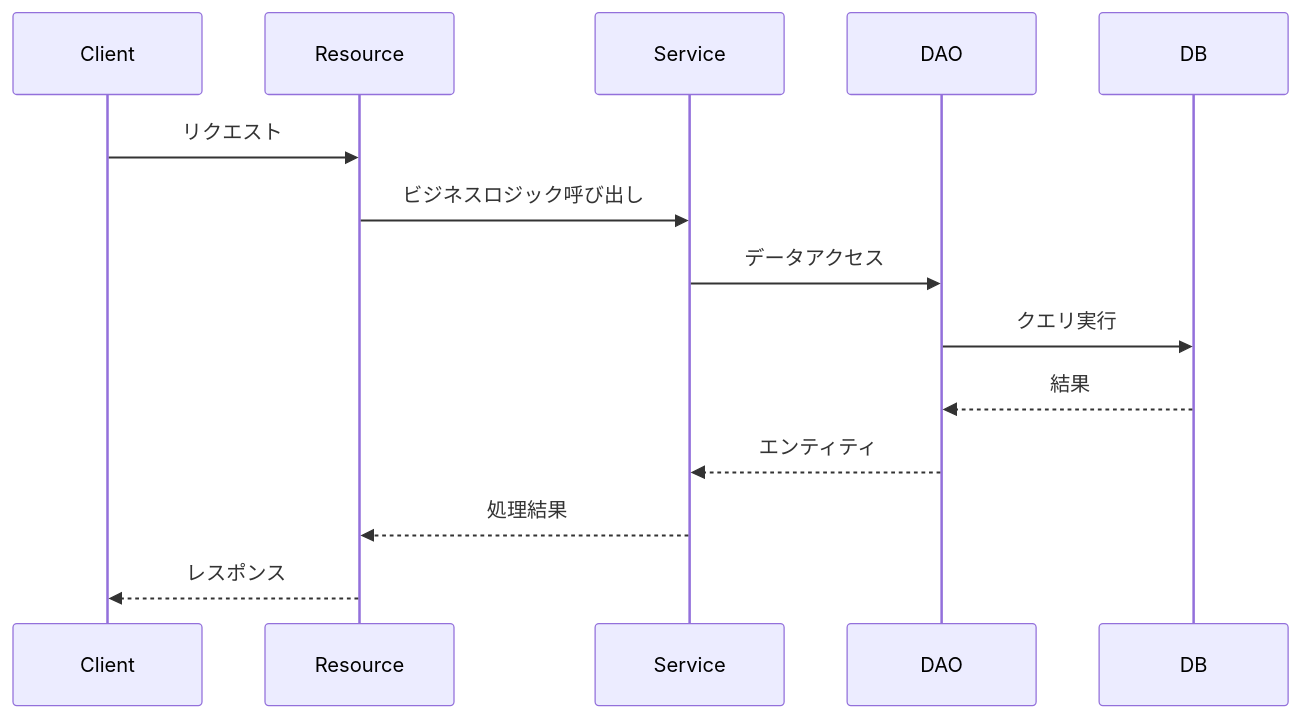
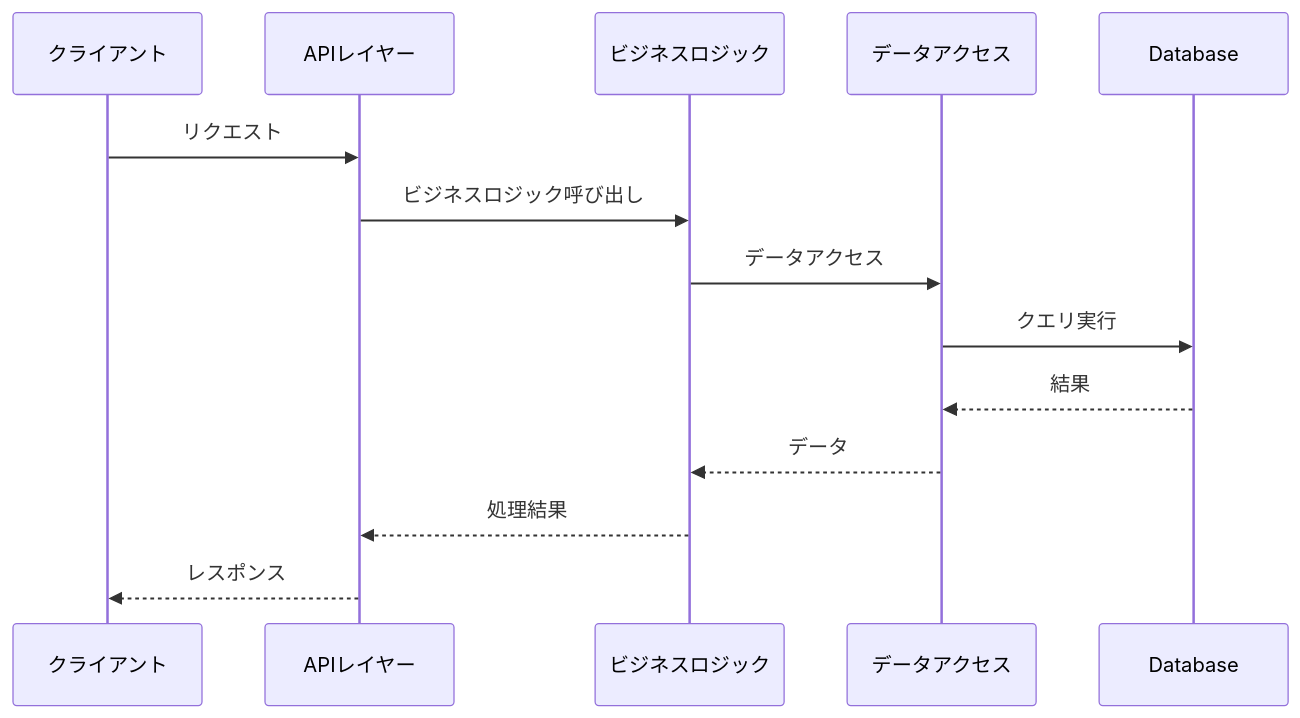
Before and after one commit to KenyaSaitoh/ai_driven_dev_202601: the fourth of 5 diagrams in agent_skills/jakarta-ee-api-base/templates/functional_design.md, drawn with Mermaid. The commit also changed other lines of this file and 52 other files, not shown here.

````diff
--- a/agent_skills/jakarta-ee-api-base/templates/functional_design.md
+++ b/agent_skills/jakarta-ee-api-base/templates/functional_design.md
@@ -332,17 +368,17 @@
 ```mermaid
 sequenceDiagram
-    participant Client
-    participant Resource
-    participant Service
-    participant DAO
-    participant DB
+    participant Client as クライアント
+    participant API as APIレイヤー
+    participant BizLogic as ビジネスロジック
+    participant DataAccess as データアクセス
+    participant DB as Database
     
-    Client->>Resource: リクエスト
-    Resource->>Service: ビジネスロジック呼び出し
-    Service->>DAO: データアクセス
-    DAO->>DB: クエリ実行
-    DB-->>DAO: 結果
-    DAO-->>Service: エンティティ
-    Service-->>Resource: 処理結果
-    Resource-->>Client: レスポンス
+    Client->>API: リクエスト
+    API->>BizLogic: ビジネスロジック呼び出し
+    BizLogic->>DataAccess: データアクセス
+    DataAccess->>DB: クエリ実行
+    DB-->>DataAccess: 結果
+    DataAccess-->>BizLogic: データ
+    BizLogic-->>API: 処理結果
+    API-->>Client: レスポンス
 ```
````
